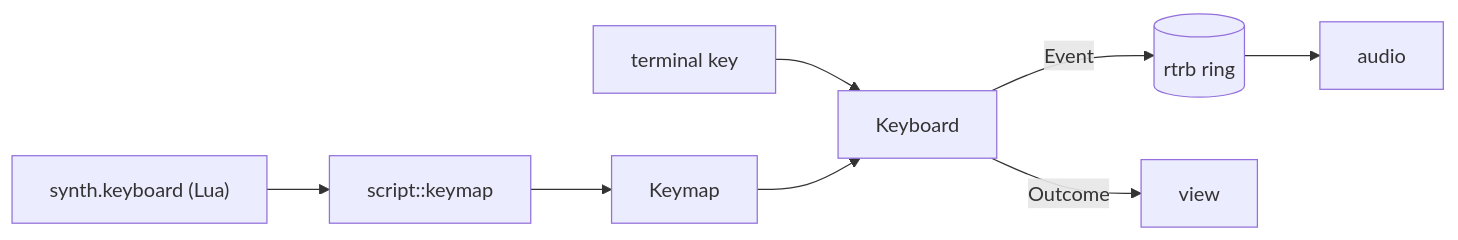
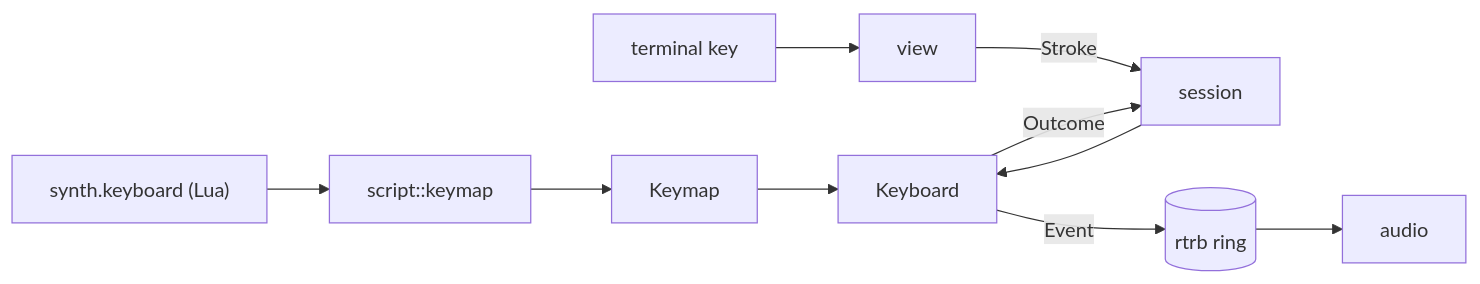
Before and after one commit to turkosaurus/synth: the diagram in src/input/README.md, drawn with Mermaid. The commit also changed other lines of this file and 5 other files, not shown here.

Commit message:
elm: Msg and Session::update; the TUI translates terminal keys, input names no terminal library

````diff
--- a/src/input/README.md
+++ b/src/input/README.md
@@ -9,8 +9,8 @@
 ```mermaid
 flowchart LR
     layout["synth.keyboard (Lua)"] --> keymap[script::keymap] --> Keymap
-    key[terminal key] --> Keyboard
+    key[terminal key] --> view -- Stroke --> session --> Keyboard
     Keymap --> Keyboard
     Keyboard -- Event --> ring[(rtrb ring)] --> audio
-    Keyboard -- Outcome --> view
+    Keyboard -- Outcome --> session
 ```
````
